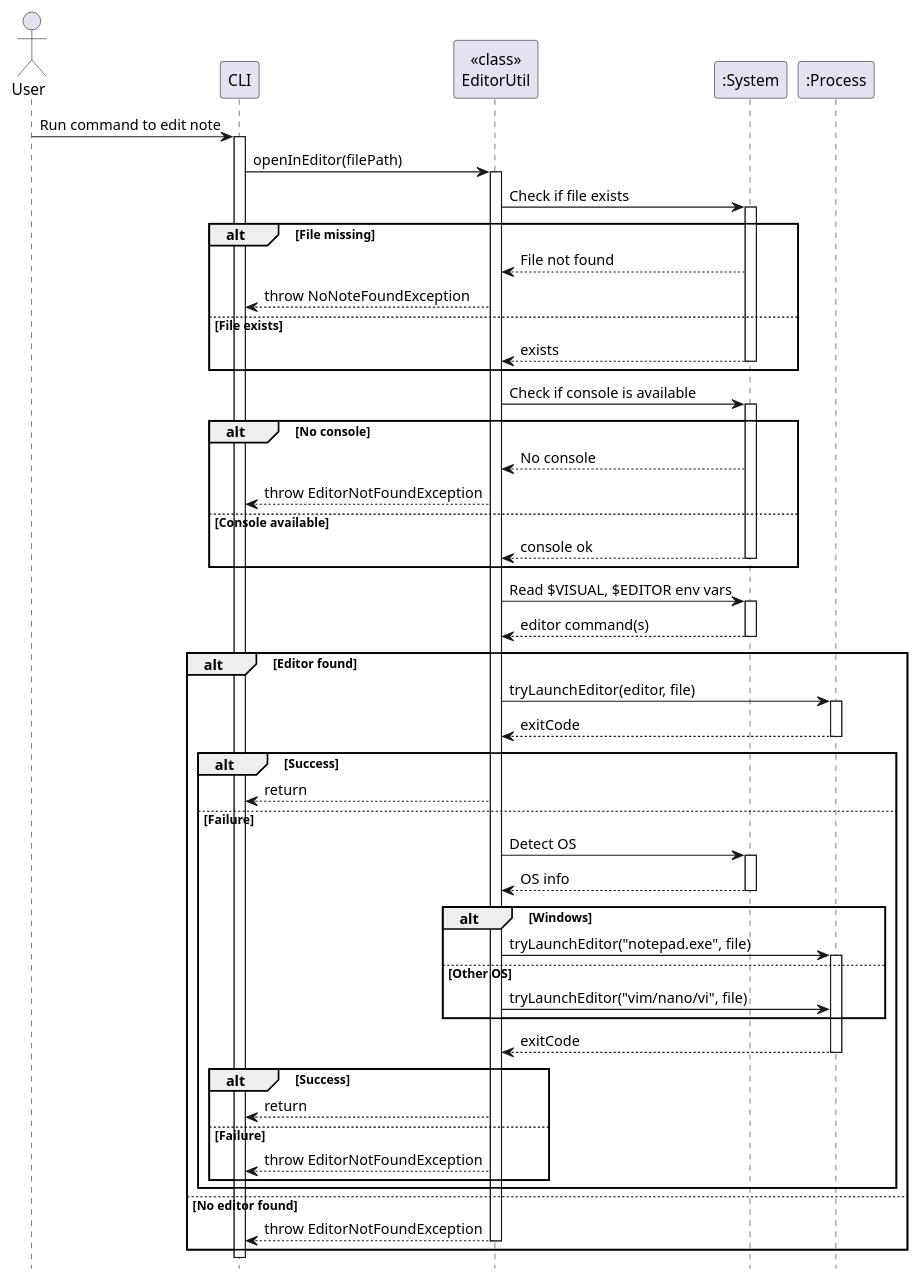
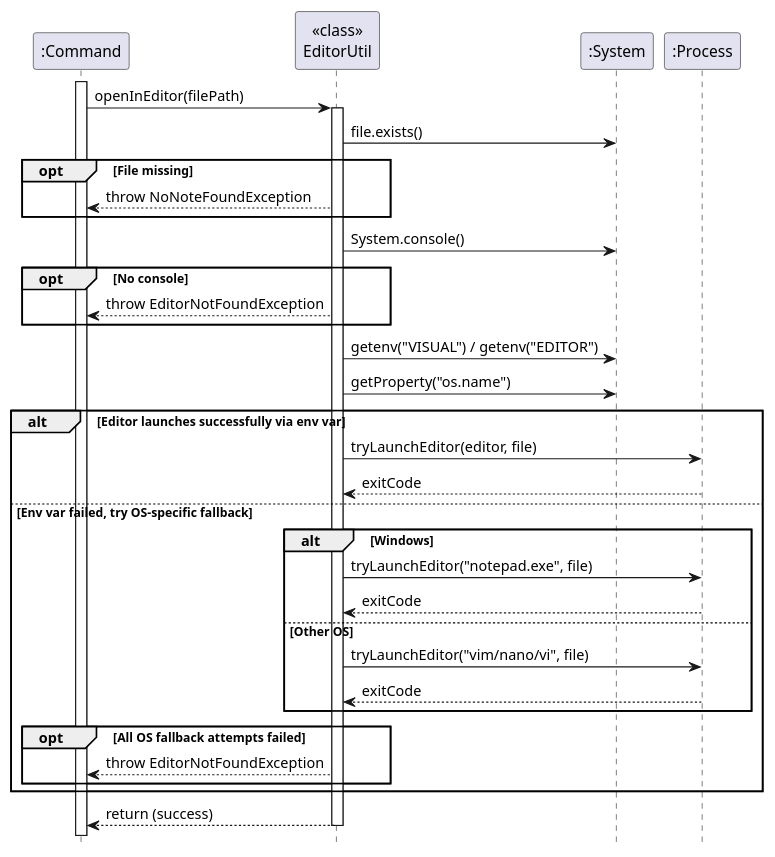
One commit to shauntsr/tp changed the diagram in docs/diagrams/EditorIntegrationSequence.puml. Above: the diagram before and after it, drawn with PlantUML. The commit also changed 11 other files, not shown here.

Commit message:
Update diagrams according to review

```diff
--- a/docs/diagrams/EditorIntegrationSequence.puml
+++ b/docs/diagrams/EditorIntegrationSequence.puml
@@ -1,76 +1,48 @@
 @startuml EditorIntegrationSequence
-actor User
-participant CLI
+participant ":Command" as Command
 participant "<<class>>\nEditorUtil" as EditorUtil
 participant ":System" as System
 participant ":Process" as Process
 
 hide footbox
+activate Command
 
-User -> CLI : Run command to edit note
-activate CLI
-
-CLI -> EditorUtil : openInEditor(filePath)
+' Command calls EditorUtil
+Command -> EditorUtil: openInEditor(filePath)
 activate EditorUtil
 
-EditorUtil -> System : Check if file exists
-activate System
-alt File missing
-    System --> EditorUtil : File not found
-    EditorUtil --> CLI : throw NoNoteFoundException
-else File exists
-    System --> EditorUtil : exists
-    deactivate System
+' Check if file exists
+EditorUtil -> System: file.exists()
+opt File missing
+    EditorUtil --> Command: throw NoNoteFoundException
 end
 
-EditorUtil -> System : Check if console is available
-activate System
-alt No console
-    System --> EditorUtil : No console
-    EditorUtil --> CLI : throw EditorNotFoundException
-else Console available
-    System --> EditorUtil : console ok
-    deactivate System
+' Check console availability
+EditorUtil -> System: System.console()
+opt No console
+    EditorUtil --> Command: throw EditorNotFoundException
 end
 
-EditorUtil -> System : Read $VISUAL, $EDITOR env vars
-activate System
-System --> EditorUtil : editor command(s)
-deactivate System
-
-alt Editor found
-    EditorUtil -> Process : tryLaunchEditor(editor, file)
-    activate Process
-    Process --> EditorUtil : exitCode
-    deactivate Process
-    alt Success
-        EditorUtil --> CLI : return
-    else Failure
-        EditorUtil -> System : Detect OS
-        activate System
-        System --> EditorUtil : OS info
-        deactivate System
-
-        alt Windows
-            EditorUtil -> Process : tryLaunchEditor("notepad.exe", file)
-            activate Process
-        else Other OS
-            EditorUtil -> Process : tryLaunchEditor("vim/nano/vi", file)
-        end
-        activate Process
-        Process --> EditorUtil : exitCode
-        deactivate Process
-        alt Success
-            EditorUtil --> CLI : return
-        else Failure
-            EditorUtil --> CLI : throw EditorNotFoundException
-        end
+' Editor launch logic
+EditorUtil -> System: getenv("VISUAL") / getenv("EDITOR")
+EditorUtil -> System: getProperty("os.name")
+alt Editor launches successfully via env var
+    EditorUtil -> Process: tryLaunchEditor(editor, file)
+    Process --> EditorUtil: exitCode
+else Env var failed, try OS-specific fallback
+    alt Windows
+        EditorUtil -> Process: tryLaunchEditor("notepad.exe", file)
+        Process --> EditorUtil: exitCode
+    else Other OS
+        EditorUtil -> Process: tryLaunchEditor("vim/nano/vi", file)
+        Process --> EditorUtil: exitCode
     end
-else No editor found
-    EditorUtil --> CLI : throw EditorNotFoundException
-    deactivate EditorUtil
+    opt All OS fallback attempts failed
+        EditorUtil --> Command: throw EditorNotFoundException
+    end
 end
 
-deactivate CLI
+EditorUtil --> Command: return (success)
+deactivate EditorUtil
 
 @enduml
```
